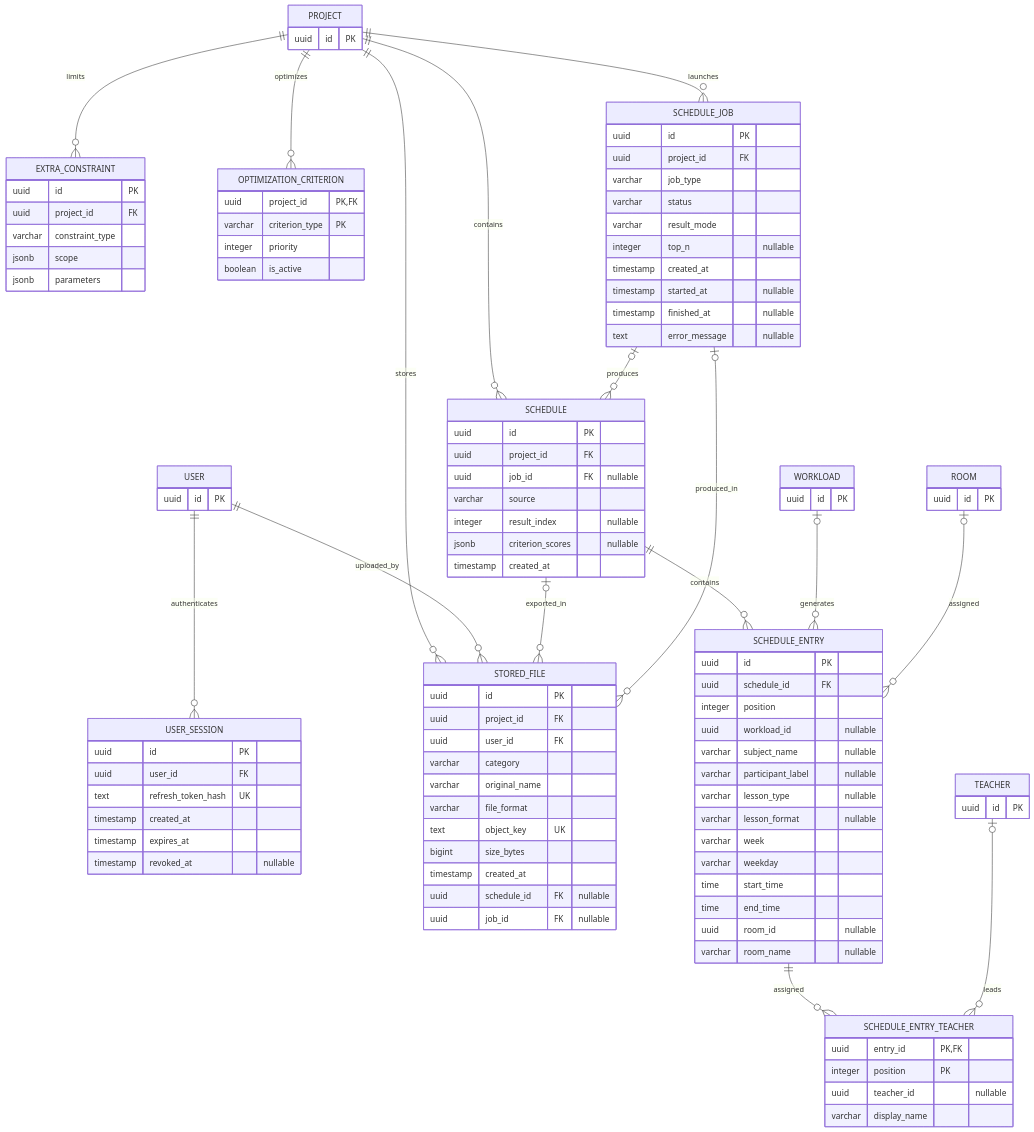
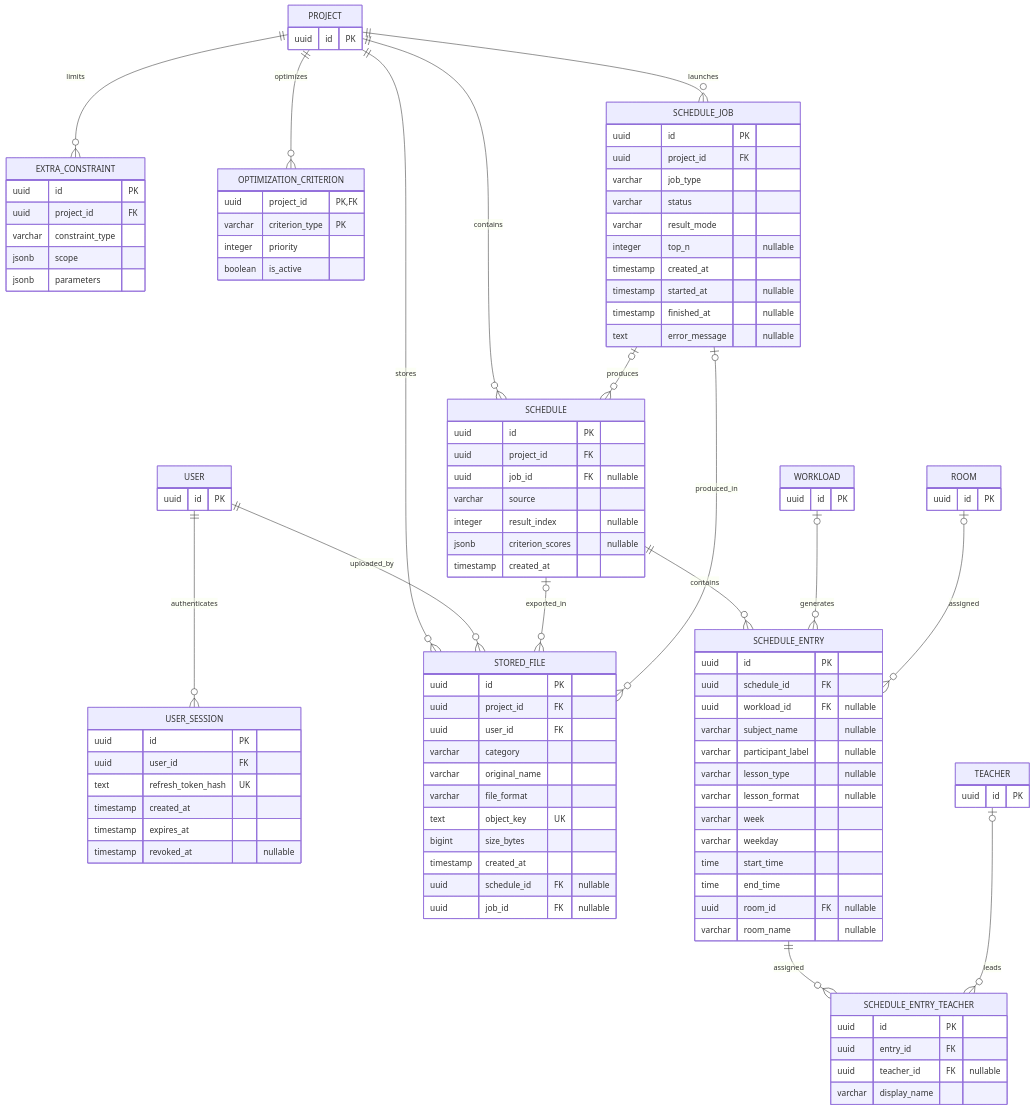
Before and after one commit to User1235321/Lessons-schedules-service: the sixth of 8 diagrams in docs/HLD.md, drawn with Mermaid. The commit also changed other lines of this file and 1 other file, not shown here.

```diff
--- a/docs/HLD.md
+++ b/docs/HLD.md
@@ -723,8 +723,7 @@
     SCHEDULE_ENTRY {
         uuid id PK
         uuid schedule_id FK
-        integer position
-        uuid workload_id "nullable"
+        uuid workload_id FK "nullable"
         varchar subject_name "nullable"
         varchar participant_label "nullable"
         varchar lesson_type "nullable"
@@ -733,13 +732,13 @@
         varchar weekday
         time start_time
         time end_time
-        uuid room_id "nullable"
+        uuid room_id FK "nullable"
         varchar room_name "nullable"
     }
     SCHEDULE_ENTRY_TEACHER {
-        uuid entry_id PK,FK
-        integer position PK
-        uuid teacher_id "nullable"
+        uuid id PK
+        uuid entry_id FK
+        uuid teacher_id FK "nullable"
         varchar display_name
     }
     STORED_FILE {
```
